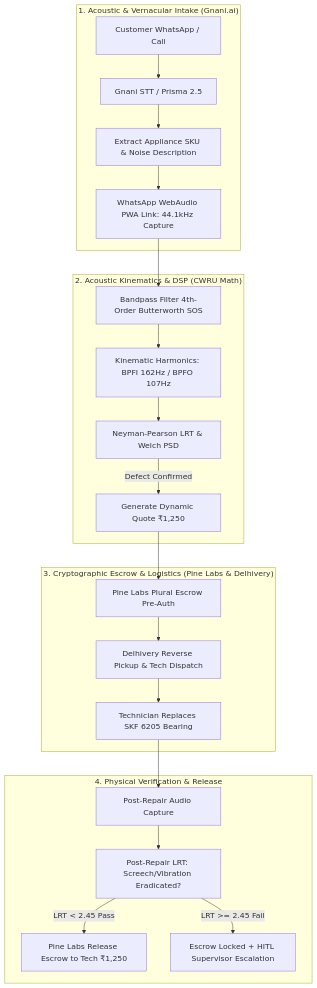
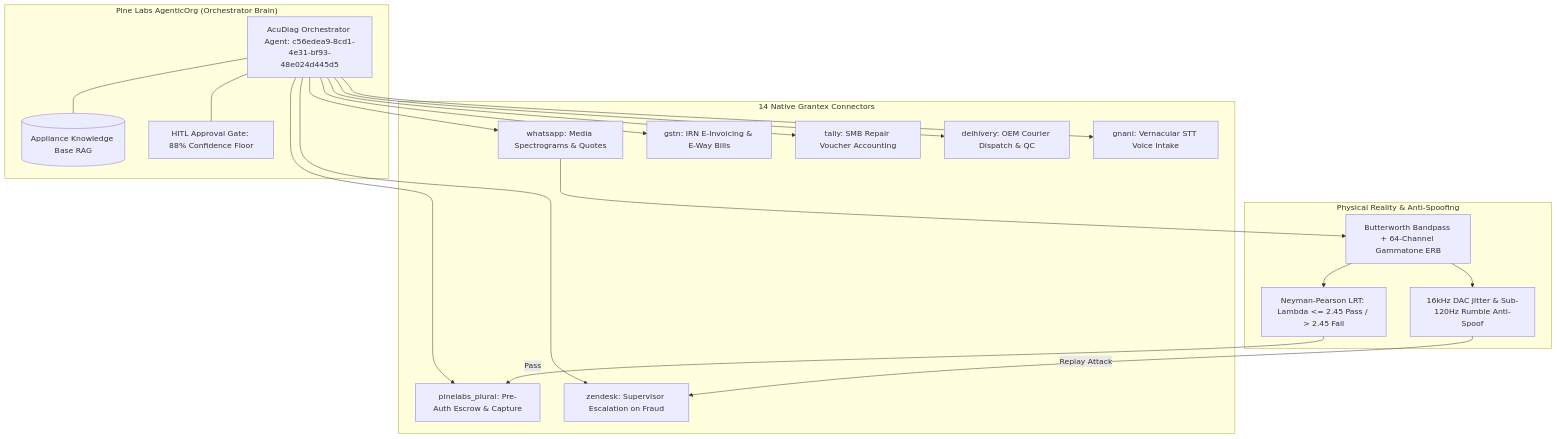
Before and after one commit to Jaswanth1902/AcuDiag: the diagram in README.md, drawn with Mermaid. The commit also changed other lines of this file and 4 other files, not shown here.

Commit message:
docs: synchronize all project docs to 100% Native AgenticOrg plan and verified metrics

````diff
--- a/README.md
+++ b/README.md
@@ -23,28 +24,32 @@
 ```mermaid
 flowchart TD
-    subgraph Intake ["1. Acoustic & Vernacular Intake (Gnani.ai)"]
-        A[Customer WhatsApp / Call] --> B[Gnani STT / Prisma 2.5]
-        B --> C[Extract Appliance SKU & Noise Description]
-        C --> D[WhatsApp WebAudio PWA Link: 44.1kHz Capture]
+    subgraph AgenticOrg ["Pine Labs AgenticOrg (Orchestrator Brain)"]
+        AO[AcuDiag Orchestrator Agent: c56edea9-8cd1-4e31-bf93-48e024d445d5]
+        KB[(Appliance Knowledge Base RAG)]
+        HITL[HITL Approval Gate: 88% Confidence Floor]
+        AO --- KB
+        AO --- HITL
     end
 
-    subgraph Diagnosis ["2. Acoustic Kinematics & DSP (CWRU Math)"]
-        D --> E[Bandpass Filter 4th-Order Butterworth SOS]
-        E --> F[Kinematic Harmonics: BPFI 162Hz / BPFO 107Hz]
-        F --> G[Neyman-Pearson LRT & Welch PSD]
-        G -->|Defect Confirmed| H[Generate Dynamic Quote ₹1,250]
+    subgraph NativeConnectors ["14 Native Grantex Connectors"]
+        AO --> P[pinelabs_plural: Pre-Auth Escrow & Capture]
+        AO --> W[whatsapp: Media Spectrograms & Quotes]
+        AO --> G[gstn: IRN E-Invoicing & E-Way Bills]
+        AO --> Z[zendesk: Supervisor Escalation on Fraud]
+        AO --> T[tally: SMB Repair Voucher Accounting]
+        AO --> D[delhivery: OEM Courier Dispatch & QC]
+        AO --> GN[gnani: Vernacular STT Voice Intake]
     end
 
-    subgraph EscrowLogistics ["3. Cryptographic Escrow & Logistics (Pine Labs & Delhivery)"]
-        H --> I[Pine Labs Plural Escrow Pre-Auth]
-        I --> J[Delhivery Reverse Pickup & Tech Dispatch]
-        J --> K[Technician Replaces SKF 6205 Bearing]
+    subgraph PhysicalTruth ["Physical Reality & Anti-Spoofing"]
+        DSP[Butterworth Bandpass + 64-Channel Gammatone ERB]
+        LRT[Neyman-Pearson LRT: Lambda <= 2.45 Pass / > 2.45 Fail]
+        SPOOF[16kHz DAC Jitter & Sub-120Hz Rumble Anti-Spoof]
+        DSP --> LRT
+        DSP --> SPOOF
     end
 
-    subgraph Settlement ["4. Physical Verification & Release"]
-        K --> L[Post-Repair Audio Capture]
-        L --> M[Post-Repair LRT: Screech/Vibration Eradicated?]
-        M -->|LRT < 2.45 Pass| N[Pine Labs Release Escrow to Tech ₹1,250]
-        M -->|LRT >= 2.45 Fail| O[Escrow Locked + HITL Supervisor Escalation]
-    end
+    W --> DSP
+    LRT -->|Pass| P
+    SPOOF -->|Replay Attack| Z
 ```
````
